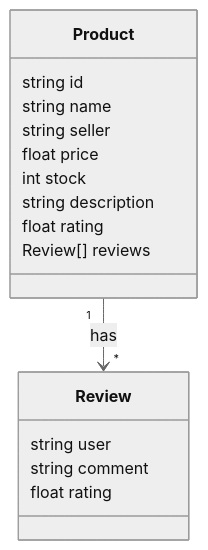
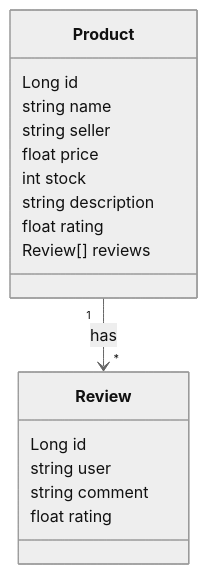
Before and after one commit to matulevicius123/products-api: the diagram in README.md, drawn with Mermaid (neutral theme). The commit also changed 12 other files, not shown here.

````diff
--- a/README.md
+++ b/README.md
@@ -6,21 +6,22 @@
 ```mermaid
 classDiagram
     class Product {
-        string id
+        Long id
         string name
         string seller
         float price
         int stock
         string description
         float rating
         Review[] reviews
     }
 
     class Review {
+        Long id
         string user
         string comment
         float rating
     }
 
     Product "1" --> "*" Review : has
 ```
````
